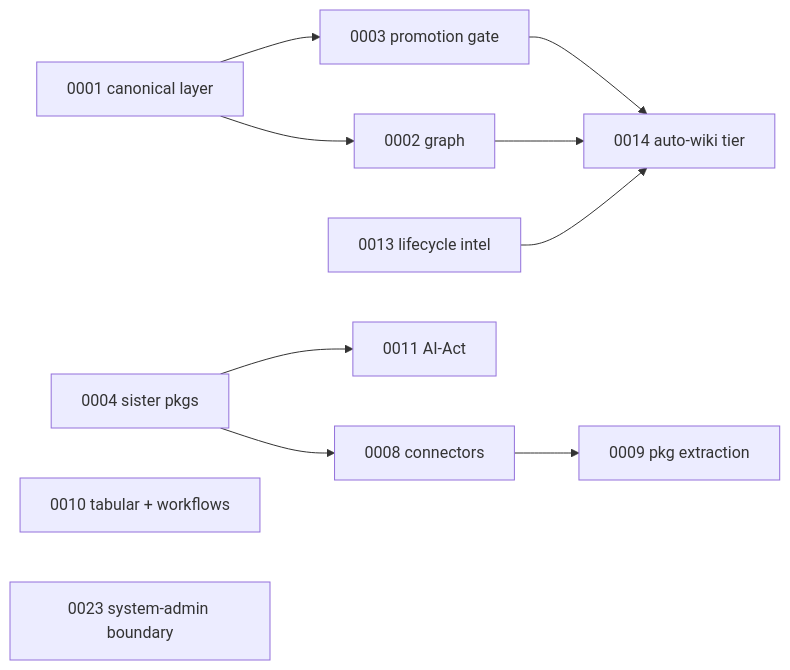
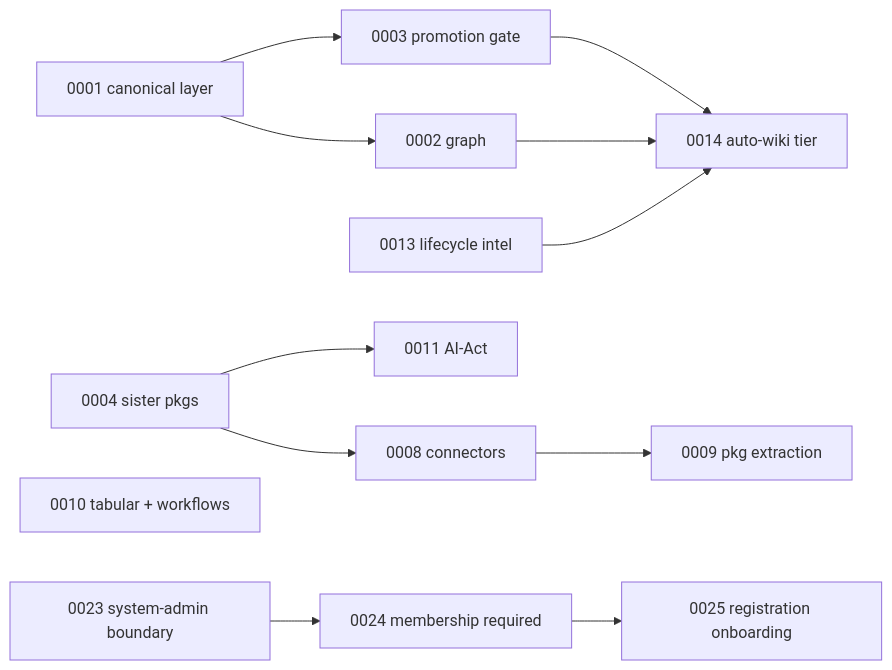
The diagram in docs-site/architecture/decisions.mdx (lopadova/AskMyDocs), drawn with Mermaid before and after one commit. The commit also changed other lines of this file and 12 other files, not shown here.

Commit message:
docs(auth): define registration invite onboarding contract

````diff
--- a/docs-site/architecture/decisions.mdx
+++ b/docs-site/architecture/decisions.mdx
@@ -83,12 +91,13 @@
 ```mermaid
 flowchart LR
     A0001[0001 canonical layer] --> A0002[0002 graph]
     A0001 --> A0003[0003 promotion gate]
     A0003 --> A0014[0014 auto-wiki tier]
     A0002 --> A0014
     A0004[0004 sister pkgs] --> A0008[0008 connectors] --> A0009[0009 pkg extraction]
     A0004 --> A0011[0011 AI-Act]
     A0010[0010 tabular + workflows]
     A0013[0013 lifecycle intel] --> A0014
-    A0023[0023 system-admin boundary]
+    A0023[0023 system-admin boundary] --> A0024[0024 membership required]
+    A0024 --> A0025[0025 registration onboarding]
 ```
````
